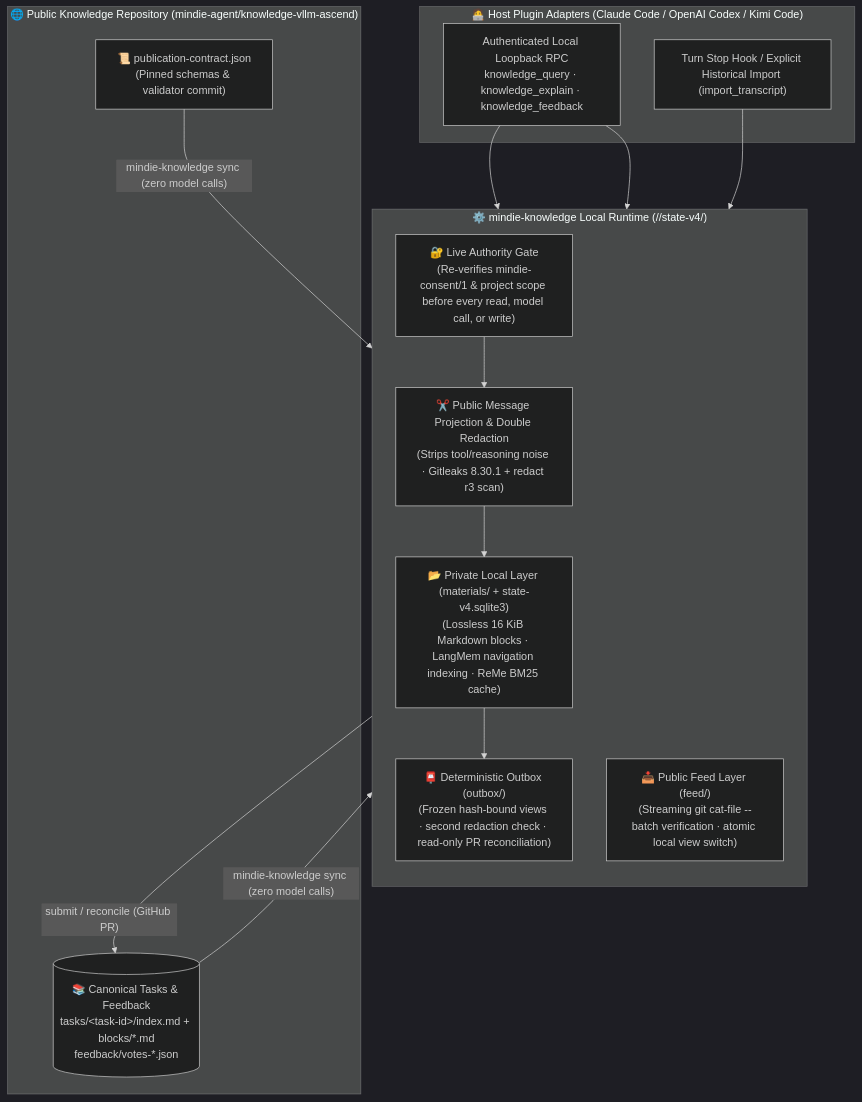
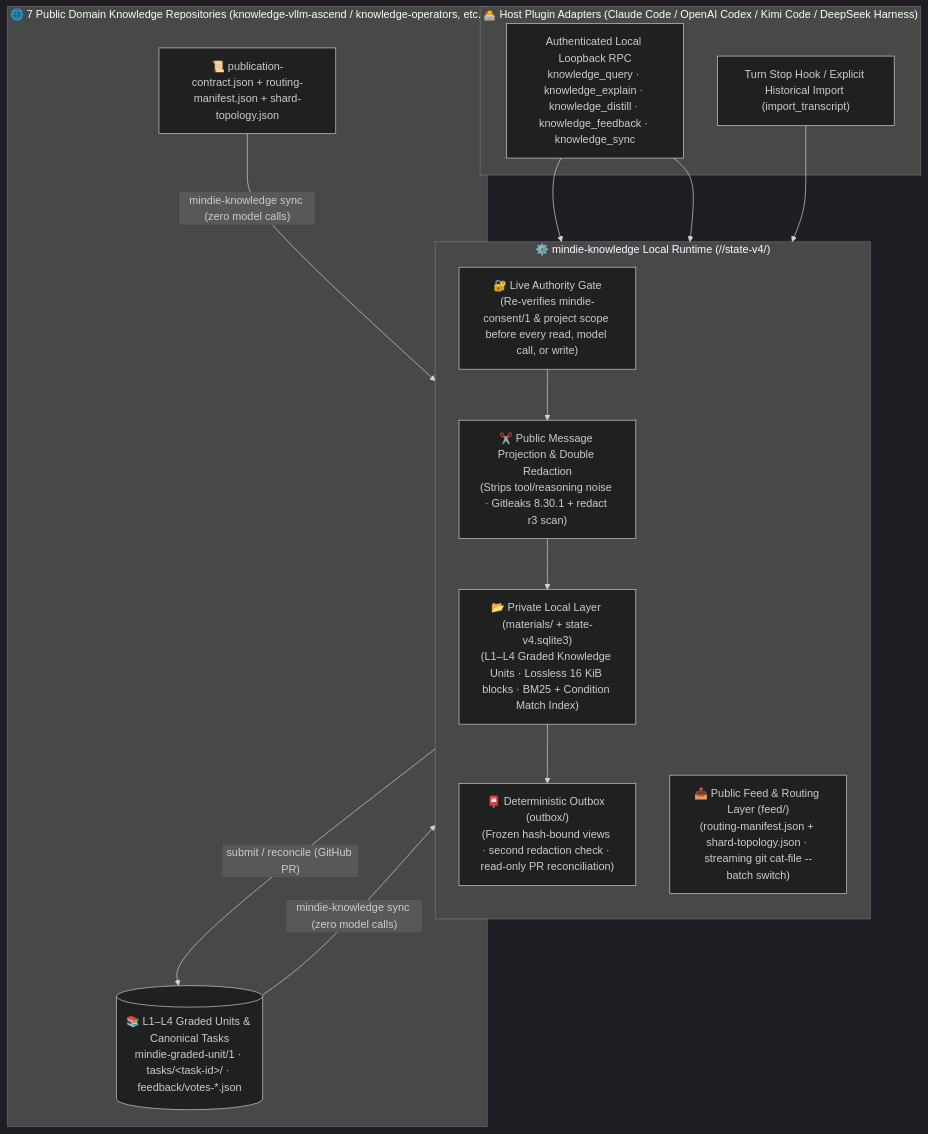
Before and after one commit to mindie-agent/knowledge: the diagram in README.en.md, drawn with Mermaid (dark theme). The commit also changed other lines of this file and 1 other file, not shown here.

````diff
--- a/README.en.md
+++ b/README.en.md
@@ -91,28 +113,28 @@
 ```mermaid
 flowchart TB
-  subgraph Clients["🧑‍💻 Host Plugin Adapters (Claude Code / OpenAI Codex / Kimi Code)"]
-    MCP["Authenticated Local Loopback RPC<br/>knowledge_query · knowledge_explain · knowledge_feedback"]
+  subgraph Clients["🧑‍💻 Host Plugin Adapters (Claude Code / OpenAI Codex / Kimi Code / DeepSeek Harness)"]
+    MCP["Authenticated Local Loopback RPC<br/>knowledge_query · knowledge_explain · knowledge_distill · knowledge_feedback · knowledge_sync"]
     Hook["Turn Stop Hook / Explicit Historical Import (import_transcript)"]
   end
 
   subgraph Engine["⚙️ mindie-knowledge Local Runtime (<root>/<domain>/state-v4/)"]
     direction TB
     Gate["🔐 Live Authority Gate<br/>(Re-verifies mindie-consent/1 & project scope before every read, model call, or write)"]
     Proj["✂️ Public Message Projection & Double Redaction<br/>(Strips tool/reasoning noise · Gitleaks 8.30.1 + redact r3 scan)"]
-    Mat["📂 Private Local Layer (materials/ + state-v4.sqlite3)<br/>(Lossless 16 KiB Markdown blocks · LangMem navigation indexing · ReMe BM25 cache)"]
+    Mat["📂 Private Local Layer (materials/ + state-v4.sqlite3)<br/>(L1–L4 Graded Knowledge Units · Lossless 16 KiB blocks · BM25 + Condition Match Index)"]
     Out["📮 Deterministic Outbox (outbox/)<br/>(Frozen hash-bound views · second redaction check · read-only PR reconciliation)"]
-    FeedCache["📥 Public Feed Layer (feed/)<br/>(Streaming git cat-file --batch verification · atomic local view switch)"]
+    FeedCache["📥 Public Feed & Routing Layer (feed/)<br/>(routing-manifest.json + shard-topology.json · streaming git cat-file --batch switch)"]
 
     Gate --> Proj --> Mat --> Out
   end
 
-  subgraph Upstream["🌐 Public Knowledge Repository (mindie-agent/knowledge-vllm-ascend)"]
-    Contract["📜 publication-contract.json<br/>(Pinned schemas & validator commit)"]
-    Tasks[("📚 Canonical Tasks & Feedback<br/>tasks/&lt;task-id&gt;/index.md + blocks/*.md<br/>feedback/votes-*.json")]
+  subgraph Upstream["🌐 7 Public Domain Knowledge Repositories (knowledge-vllm-ascend / knowledge-operators, etc.)"]
+    Contract["📜 publication-contract.json + routing-manifest.json + shard-topology.json"]
+    Tasks[("📚 L1–L4 Graded Units & Canonical Tasks<br/>mindie-graded-unit/1 · tasks/&lt;task-id&gt;/ · feedback/votes-*.json")]
   end
 
   MCP --> Mat & FeedCache
   Hook --> Gate
   Out -- "submit / reconcile (GitHub PR)" --> Tasks
   Contract & Tasks -- "mindie-knowledge sync (zero model calls)" --> FeedCache
 ```
````
